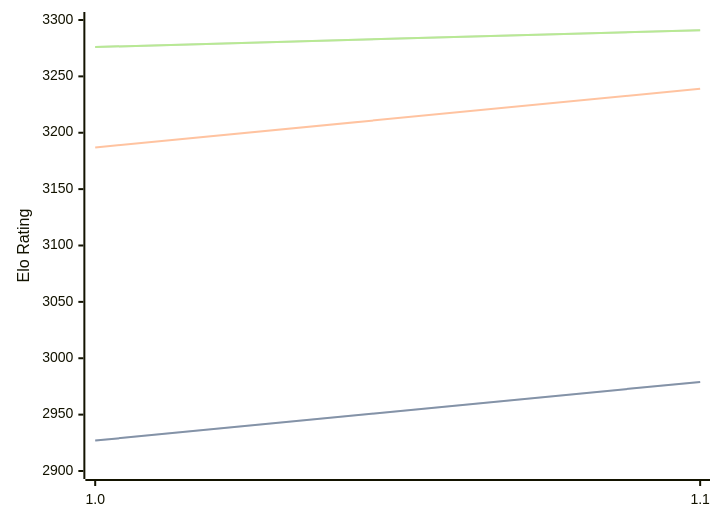
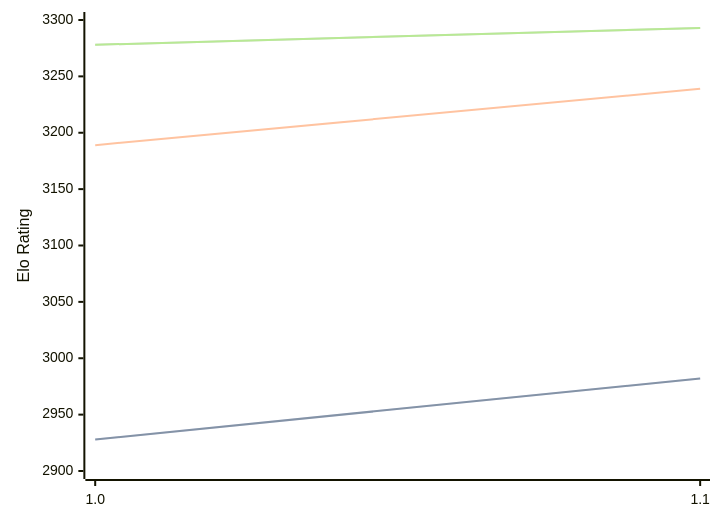
One commit to computer-chess-index/cci changed the diagram in engines/RodentV.md. Above: the diagram before and after it, drawn with Mermaid. The commit also changed other lines of this file, not shown here.

Commit message:
Update CCI Ratings (ELO VLTC) - 2026-08-20

````diff
--- a/engines/RodentV.md
+++ b/engines/RodentV.md
@@ -32,11 +32,11 @@
 ```mermaid
 %%{init: {"theme":"base","themeVariables":{"seriesColors:['#a3a3a3','#222221','#faa371']}}}%%
 xychart-beta
   x-axis ["1.0", "1.1"]
   y-axis "Elo Rating" 2900 --> 3300
-  line "STC (8.0+0.08s)" [2927, 2979]
-  line "STC (8.0+0.08s)" [2927, 2979]
-  line "LTC (60.0+0.60s)" [3187, 3239]
-  line "VLTC (2m24s+1.12s)" [3276, 3291]
-  line "VLTC (2m24s+1.12s)" [3276, 3291]
+  line "STC (8.0+0.08s)" [2928, 2982]
+  line "STC (8.0+0.08s)" [2928, 2982]
+  line "LTC (60.0+0.60s)" [3189, 3239]
+  line "VLTC (2m24s+1.12s)" [3278, 3293]
+  line "VLTC (2m24s+1.12s)" [3278, 3293]
 ```
````
